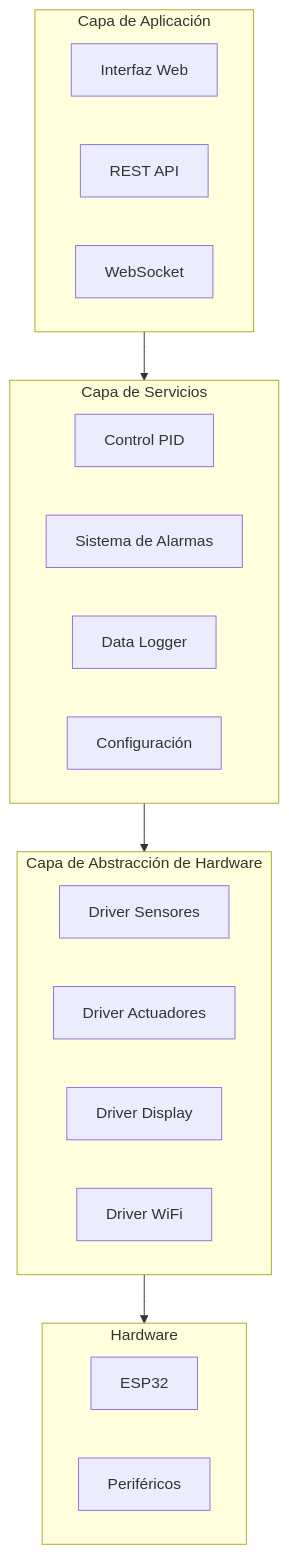
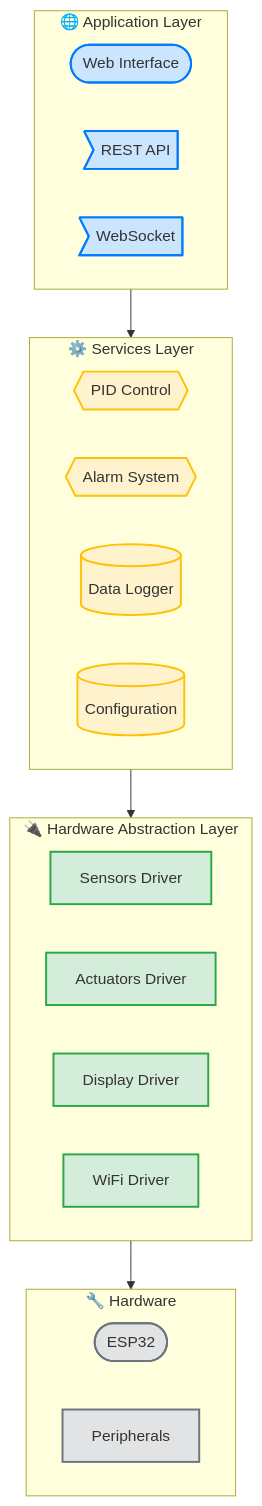
Before and after one commit to medicalopenworld/IncuNest-Docs: the first of 2 diagrams in docs/i18n/en/docusaurus-plugin-content-docs/version-14.12/software/overview.md, drawn with Mermaid. The commit also changed other lines of this file and 4 other files, not shown here.

Commit message:
Update English translations with beautiful mermaid diagrams

````diff
--- a/docs/i18n/en/docusaurus-plugin-content-docs/version-14.12/software/overview.md
+++ b/docs/i18n/en/docusaurus-plugin-content-docs/version-14.12/software/overview.md
@@ -15,31 +15,45 @@
 ```mermaid
-flowchart TB
-    subgraph APP["Capa de Aplicación"]
-        WEB[Interfaz Web]
-        API[REST API]
-        WS[WebSocket]
+graph TB
+    subgraph APP ["🌐 Application Layer"]
+        direction LR
+        WEB([Web Interface])
+        API>REST API]
+        WS>WebSocket]
     end
     
-    subgraph SERVICES["Capa de Servicios"]
-        CONTROL[Control PID]
-        ALARM[Sistema de Alarmas]
-        LOG[Data Logger]
-        CONFIG[Configuración]
+    subgraph SERVICES ["⚙️ Services Layer"]
+        direction LR
+        CONTROL{{PID Control}}
+        ALARM{{Alarm System}}
+        LOG[(Data Logger)]
+        CONFIG[(Configuration)]
     end
     
-    subgraph HAL["Capa de Abstracción de Hardware"]
-        SENSORS[Driver Sensores]
-        ACTUATORS[Driver Actuadores]
-        DISPLAY[Driver Display]
-        NETWORK[Driver WiFi]
+    subgraph HAL ["🔌 Hardware Abstraction Layer"]
+        direction LR
+        SENSORS[Sensors Driver]
+        ACTUATORS[Actuators Driver]
+        DISPLAY[Display Driver]
+        NETWORK[WiFi Driver]
     end
     
-    subgraph HW["Hardware"]
-        ESP32[ESP32]
-        PERIPH[Periféricos]
+    subgraph HW ["🔧 Hardware"]
+        direction LR
+        ESP32([ESP32])
+        PERIPH[Peripherals]
     end
     
     APP --> SERVICES
     SERVICES --> HAL
     HAL --> HW
+    
+    classDef app fill:#cce5ff,stroke:#007bff,stroke-width:2px
+    classDef services fill:#fff3cd,stroke:#ffc107,stroke-width:2px
+    classDef hal fill:#d4edda,stroke:#28a745,stroke-width:2px
+    classDef hw fill:#e2e3e5,stroke:#6c757d,stroke-width:2px
+    
+    class WEB,API,WS app
+    class CONTROL,ALARM,LOG,CONFIG services
+    class SENSORS,ACTUATORS,DISPLAY,NETWORK hal
+    class ESP32,PERIPH hw
 ```
````
